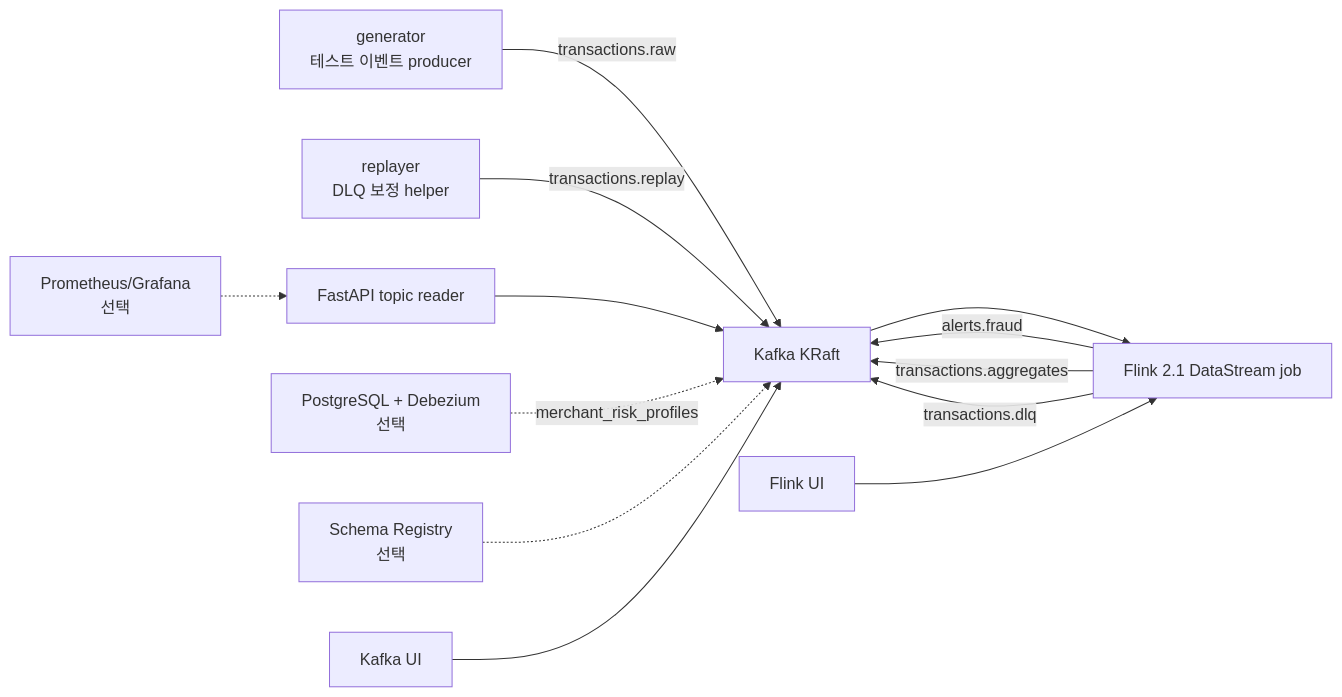
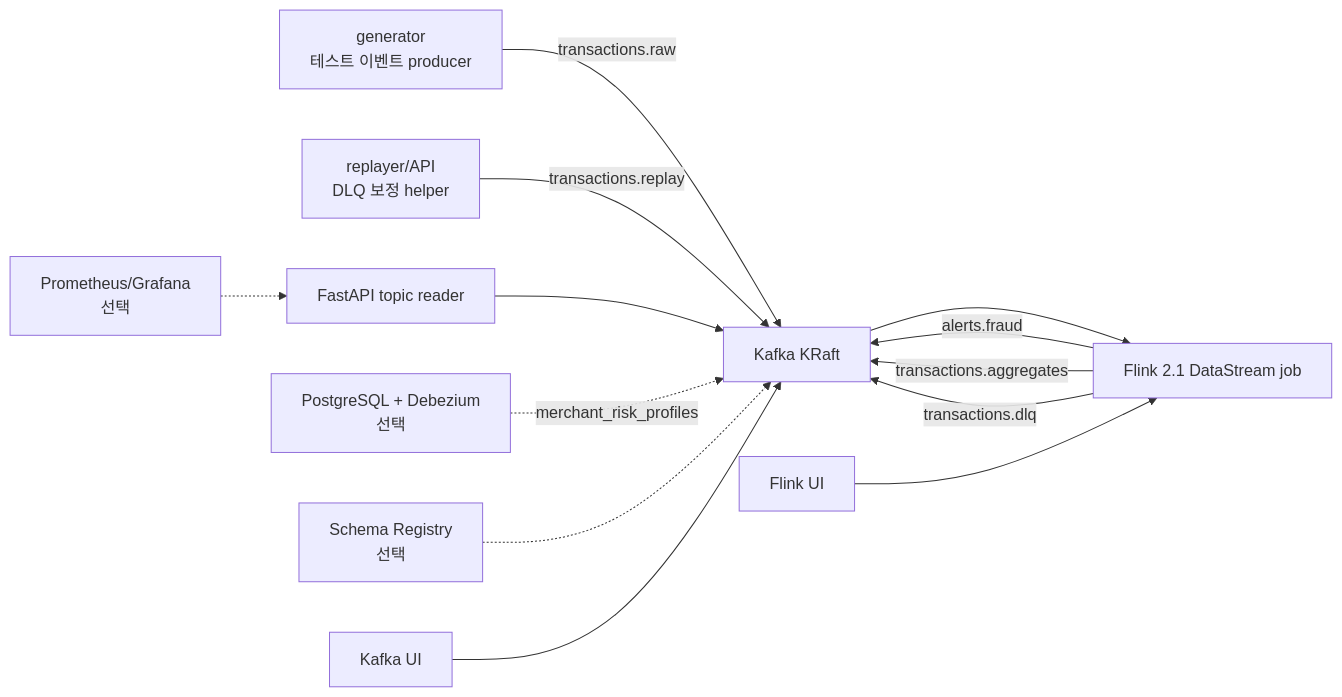
One commit to jaejungscene/flink-kafka-realtime-lab changed the diagram in docs/project-structure.md. Above: the diagram before and after it, drawn with Mermaid. The commit also changed other lines of this file and 16 other files, not shown here.

Commit message:
Add DLQ summary and replay API practice

````diff
--- a/docs/project-structure.md
+++ b/docs/project-structure.md
@@ -13,15 +13,15 @@
 ```mermaid
 flowchart LR
     Generator["generator<br/>테스트 이벤트 producer"] -->|transactions.raw| Kafka["Kafka KRaft"]
-    Replayer["replayer<br/>DLQ 보정 helper"] -->|transactions.replay| Kafka
+    Replayer["replayer/API<br/>DLQ 보정 helper"] -->|transactions.replay| Kafka
     Kafka --> Flink["Flink 2.1 DataStream job"]
     Flink -->|alerts.fraud| Kafka
     Flink -->|transactions.aggregates| Kafka
     Flink -->|transactions.dlq| Kafka
     API["FastAPI topic reader"] --> Kafka
     CDC["PostgreSQL + Debezium<br/>선택"] -.->|merchant_risk_profiles| Kafka
     Schema["Schema Registry<br/>선택"] -.-> Kafka
     Metrics["Prometheus/Grafana<br/>선택"] -.-> API
     KafkaUI["Kafka UI"] --> Kafka
     FlinkUI["Flink UI"] --> Flink
 ```
````
